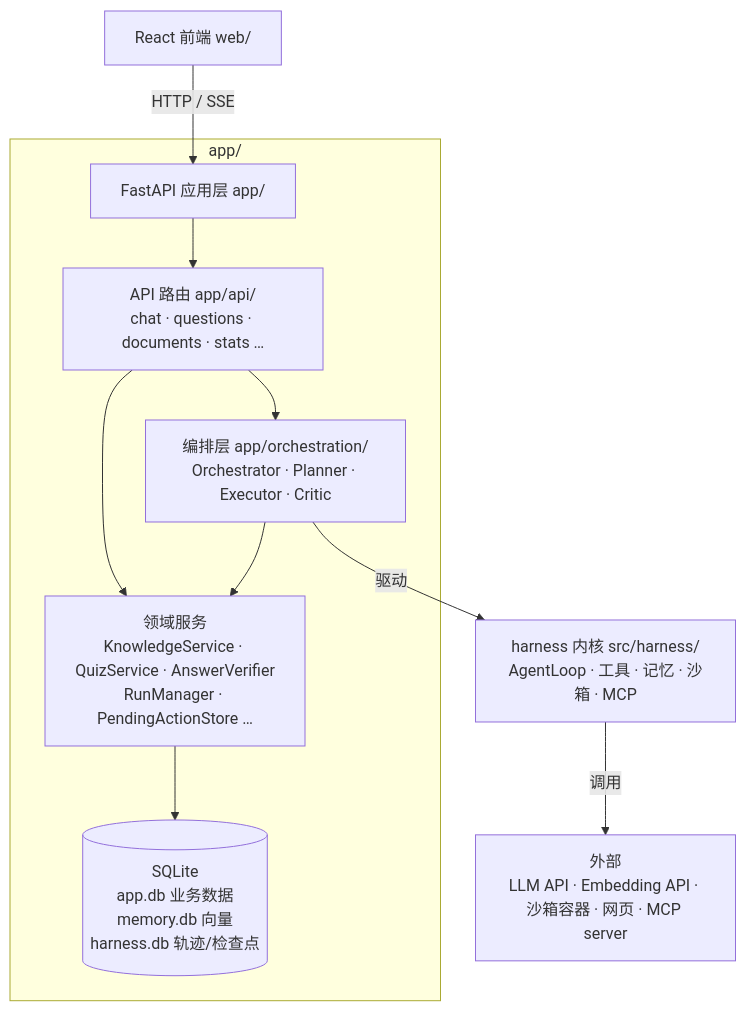
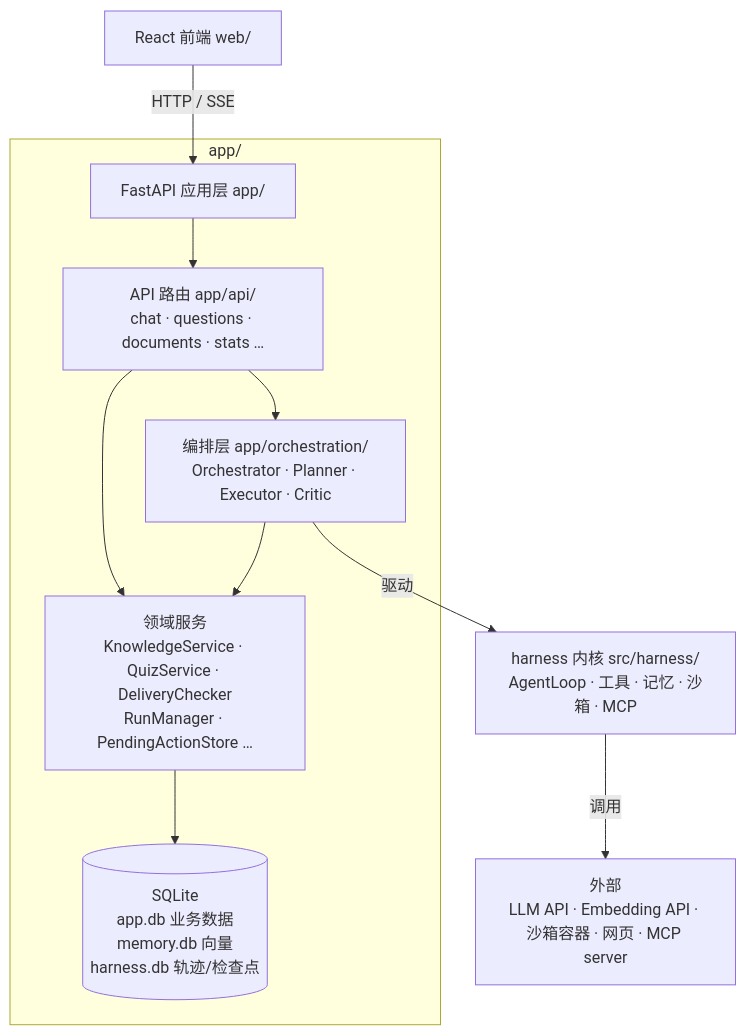
One commit to sumengnan/ai-learning-helper changed the first of 3 diagrams in docs/architecture-app.md. Above: the diagram before and after it, drawn with Mermaid. The commit also changed other lines of this file and 42 other files, not shown here.

````diff
--- a/docs/architecture-app.md
+++ b/docs/architecture-app.md
@@ -16,13 +16,13 @@
 ```mermaid
 flowchart TD
     UI["React 前端 web/"] -->|HTTP / SSE| API["FastAPI 应用层 app/"]
     subgraph APP["app/"]
       API --> R["API 路由 app/api/<br/>chat · questions · documents · stats …"]
       R --> ORCH["编排层 app/orchestration/<br/>Orchestrator · Planner · Executor · Critic"]
-      R --> SVC["领域服务<br/>KnowledgeService · QuizService · AnswerVerifier<br/>RunManager · PendingActionStore …"]
+      R --> SVC["领域服务<br/>KnowledgeService · QuizService · DeliveryChecker<br/>RunManager · PendingActionStore …"]
       SVC --> DB[("SQLite<br/>app.db 业务数据<br/>memory.db 向量<br/>harness.db 轨迹/检查点")]
       ORCH --> SVC
     end
     ORCH -->|驱动| H["harness 内核 src/harness/<br/>AgentLoop · 工具 · 记忆 · 沙箱 · MCP"]
     H -->|调用| EXT["外部<br/>LLM API · Embedding API · 沙箱容器 · 网页 · MCP server"]
 ```
````
